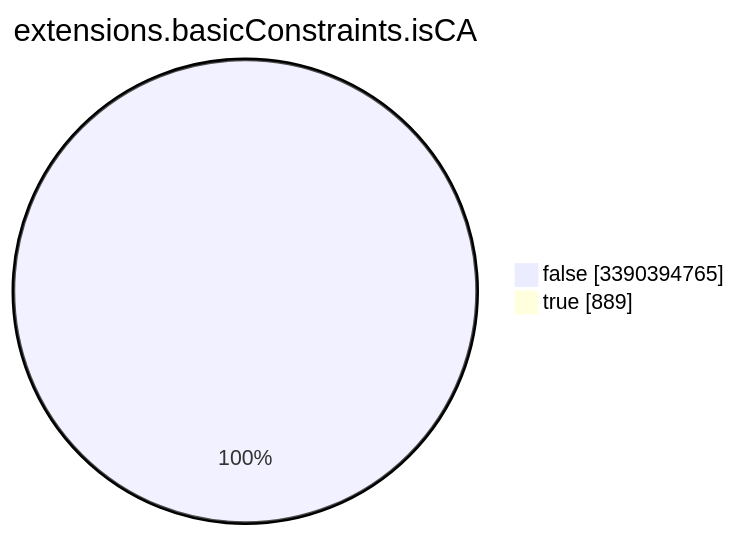
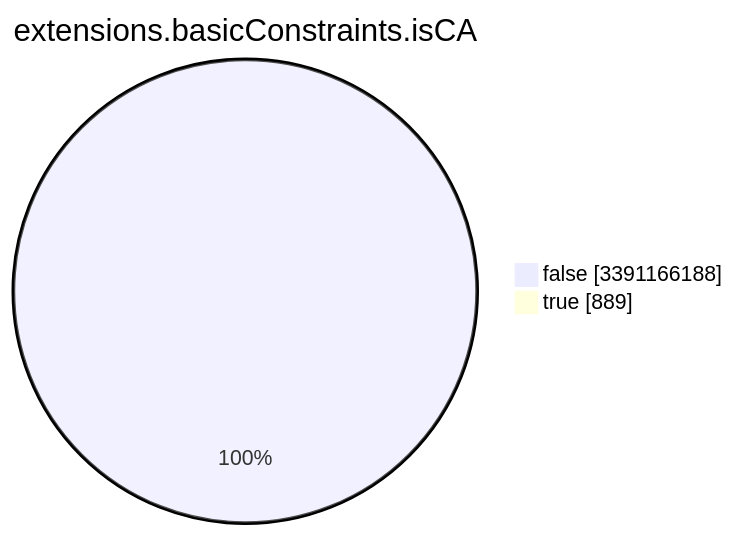
One commit to christiankrug/ctmonitor_visualization changed the seventh of 15 diagrams in TOTAL/README.md. Above: the diagram before and after it, drawn with Mermaid. The commit also changed other lines of this file, not shown here.

````diff
--- a/TOTAL/README.md
+++ b/TOTAL/README.md
@@ -3090,6 +3090,6 @@
 ```mermaid
 pie showData
 title extensions.basicConstraints.isCA
-"false" :3390394765
+"false" :3391166188
 "true" :889
 ```
````
